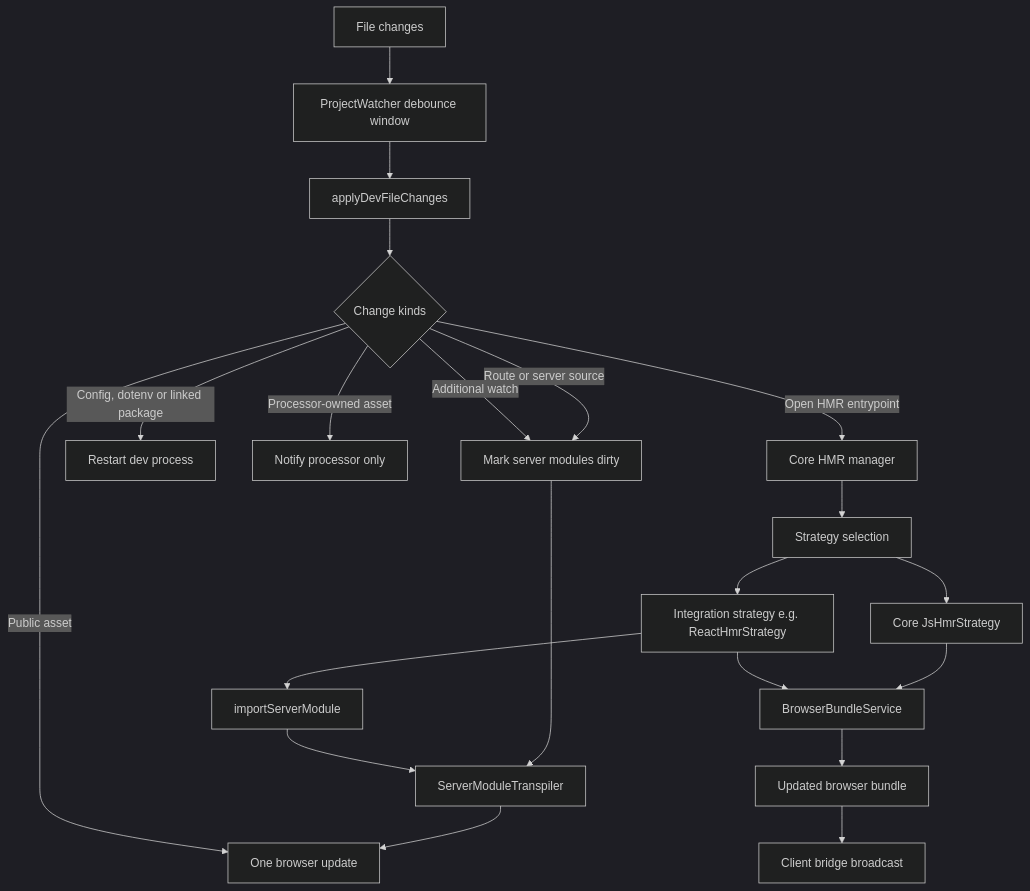
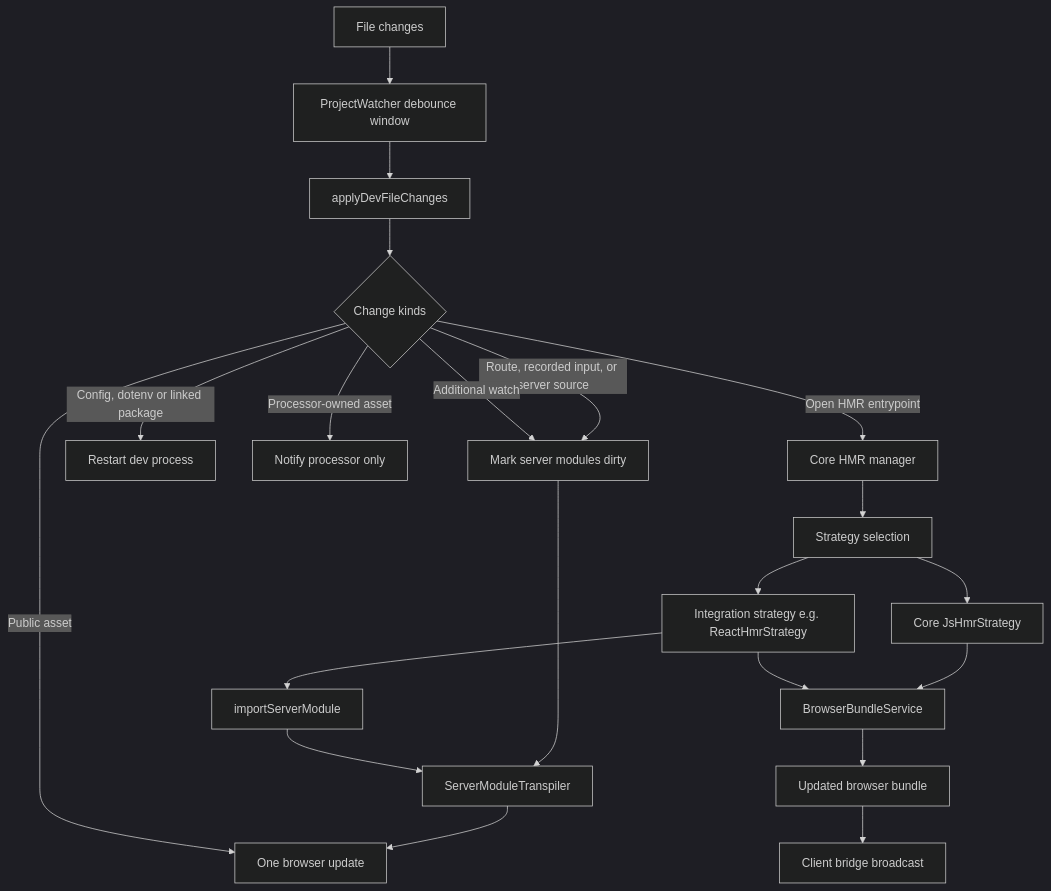
The second of 2 diagrams in packages/core/README.md (ecopages/ecopages), drawn with Mermaid (dark theme) before and after one commit. The commit also changed 35 other files, not shown here.

````diff
--- a/packages/core/README.md
+++ b/packages/core/README.md
@@ -52,23 +52,23 @@
 ```mermaid
 flowchart TD
 	A[File changes] --> B[ProjectWatcher debounce window]
 	B --> C[applyDevFileChanges]
 	C --> D{Change kinds}
-	D -->|Route or server source| E[Mark server modules dirty]
+	D -->|Route, recorded input, or server source| E[Mark server modules dirty]
 	D -->|Additional watch| E
 	D -->|Config, dotenv or linked package| R[Restart dev process]
 	E --> N[Notify processors]
 	N --> F[One browser update]
 	D -->|Public asset| F
 	D -->|Processor-owned asset| G[Notify processor only]
 	D -->|Open HMR entrypoint| H[Core HMR manager]
 	H --> I[Strategy selection]
 	I --> J[Core JsHmrStrategy]
 	I --> K[Integration strategy e.g. ReactHmrStrategy]
 	J --> L[BrowserBundleService]
 	K --> L
 	K --> M[importServerModule]
 	M --> N[ServerModuleTranspiler]
 	L --> O[Updated browser bundle]
 	O --> P[Client bridge broadcast]
 ```
````
